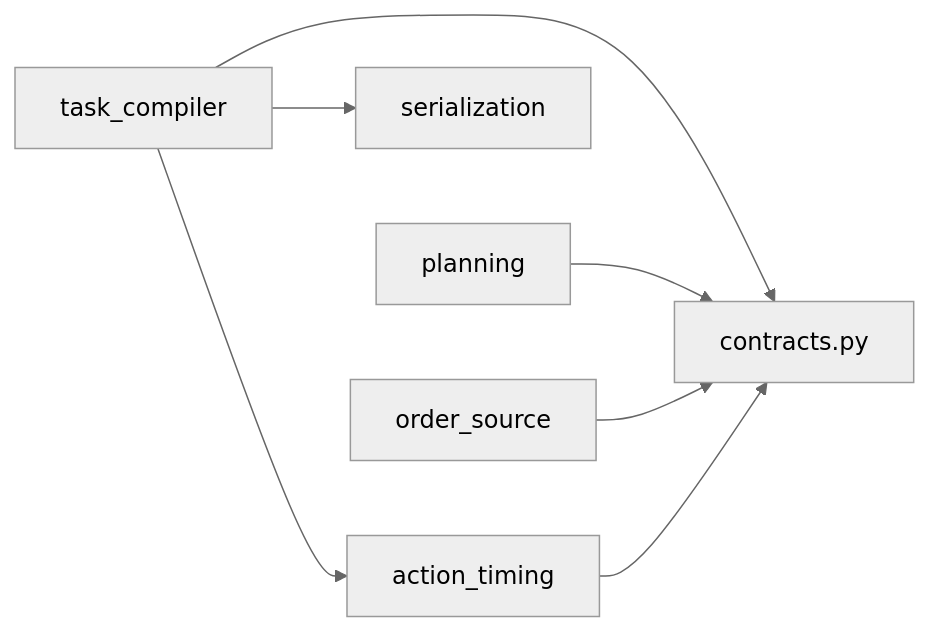
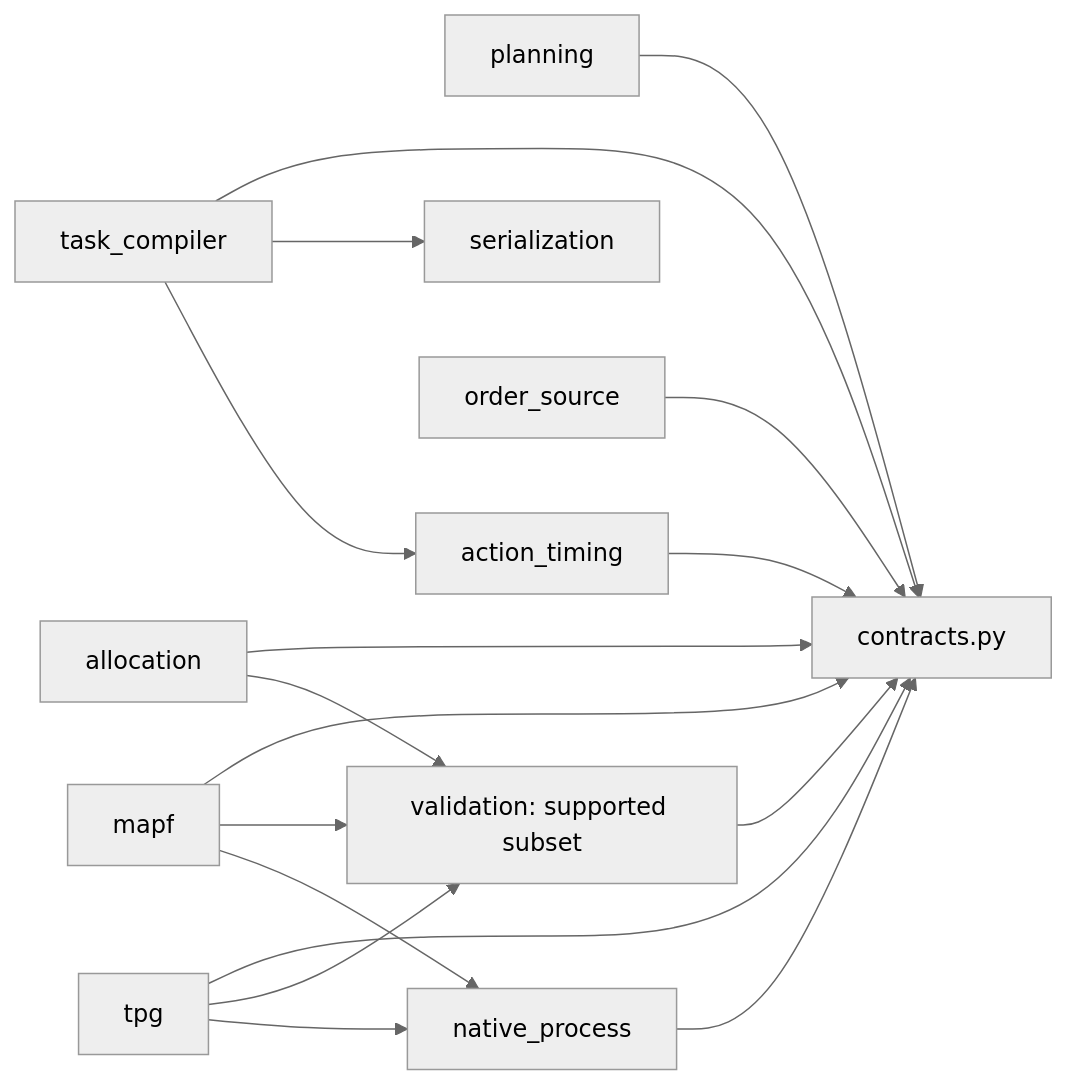
The diagram in docs/en/architecture/MODULES.md (Requora/TAPF_MAPF_TPG), drawn with Mermaid (neutral theme) before and after one commit. The commit also changed other lines of this file and 36 other files, not shown here.

Commit message:
feat: run real order-to-TPG chain through pinned native solvers

````diff
--- a/docs/en/architecture/MODULES.md
+++ b/docs/en/architecture/MODULES.md
@@ -53,9 +74,19 @@
 ```mermaid
 flowchart LR
     Compiler[task_compiler] --> Contracts[contracts.py]
     Planning[planning] --> Contracts
     Compiler --> Codec[serialization]
     Compiler --> Durations[action_timing]
     Orders[order_source] --> Contracts
     Durations --> Contracts
+    Allocation[allocation] --> Contracts
+    Allocation --> Validation[validation: supported subset]
+    MAPF[mapf] --> Contracts
+    MAPF --> Validation
+    MAPF --> Native[native_process]
+    TPG[tpg] --> Contracts
+    TPG --> Validation
+    TPG --> Native
+    Validation --> Contracts
+    Native --> Contracts
 ```
````
